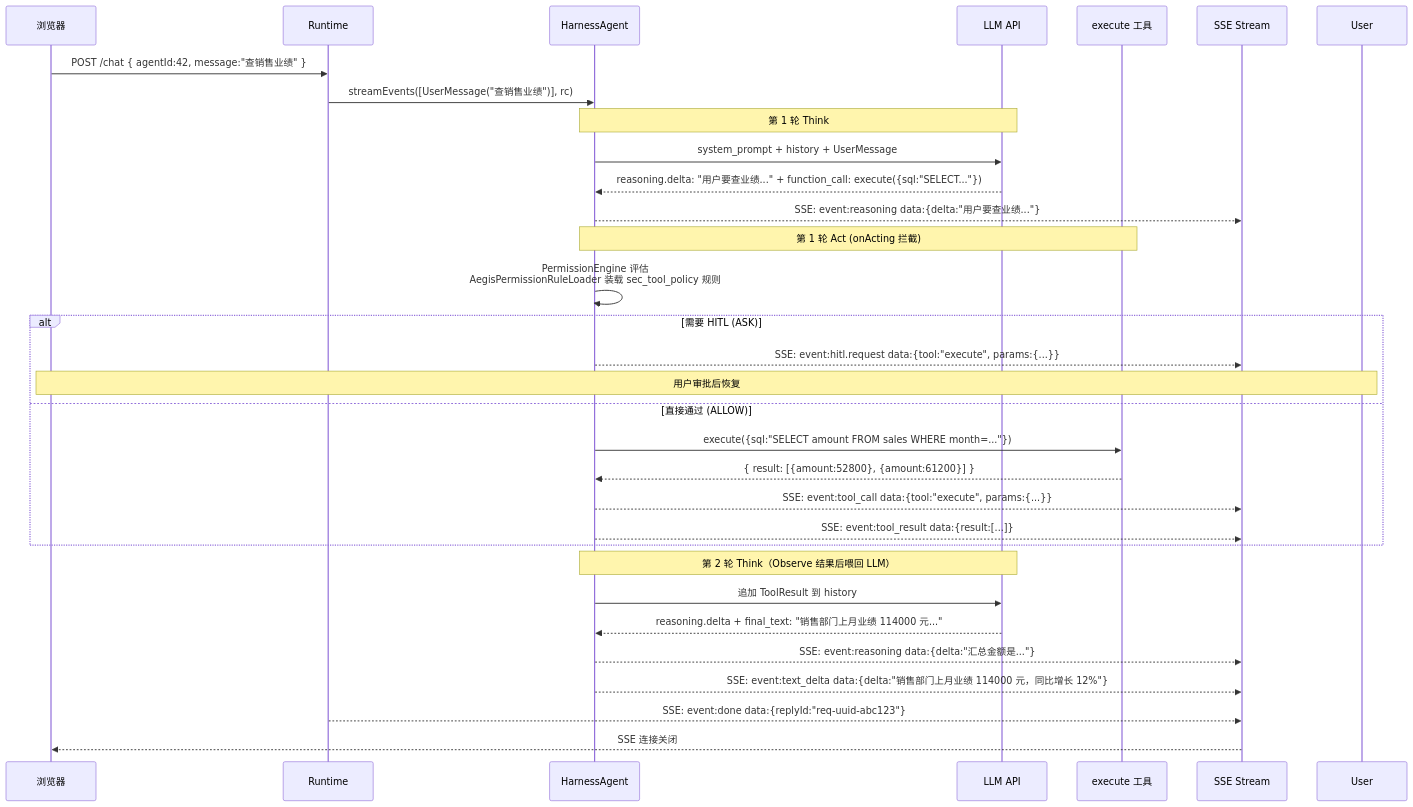
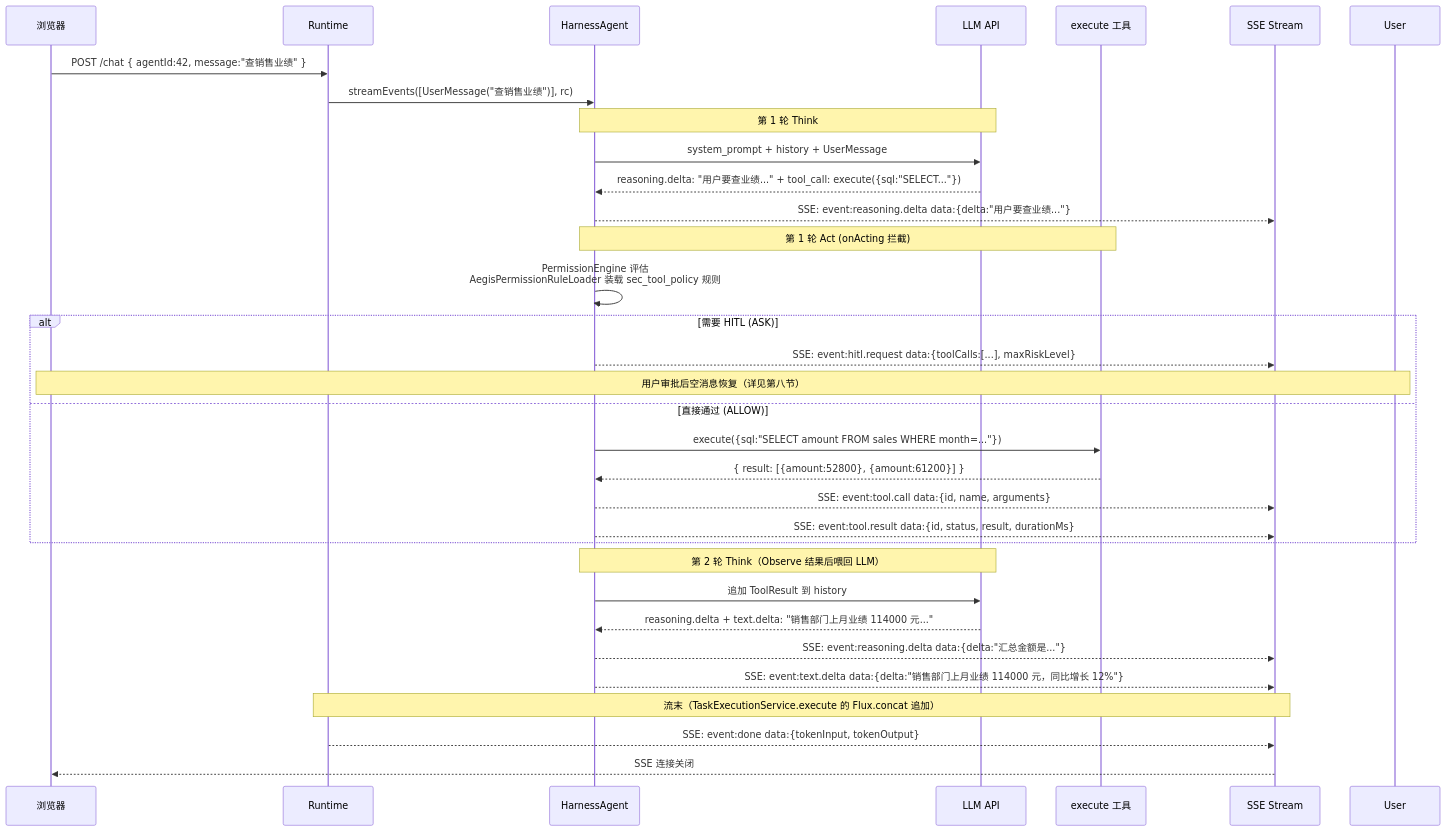
The eighth of 11 diagrams in docs/runtime-execution-flow.md (HarnessAgentStack/AegisAgent), drawn with Mermaid before and after one commit. The commit also changed other lines of this file and 1 other file, not shown here.

````diff
--- a/docs/runtime-execution-flow.md
+++ b/docs/runtime-execution-flow.md
@@ -307,38 +366,39 @@
 ```mermaid
 sequenceDiagram
     participant Client as 浏览器
     participant RT as Runtime
     participant AS as HarnessAgent
     participant LLM as LLM API
     participant Tool as execute 工具
     participant SSE as SSE Stream
 
     Client->>RT: POST /chat { agentId:42, message:"查销售业绩" }
     RT->>AS: streamEvents([UserMessage("查销售业绩")], rc)
 
     Note over AS,LLM: 第 1 轮 Think
     AS->>LLM: system_prompt + history + UserMessage
-    LLM-->>AS: reasoning.delta: "用户要查业绩..." + function_call: execute({sql:"SELECT..."})
-    AS-->>SSE: SSE: event:reasoning  data:{delta:"用户要查业绩..."}
+    LLM-->>AS: reasoning.delta: "用户要查业绩..." + tool_call: execute({sql:"SELECT..."})
+    AS-->>SSE: SSE: event:reasoning.delta data:{delta:"用户要查业绩..."}
 
     Note over AS,Tool: 第 1 轮 Act (onActing 拦截)
     AS->>AS: PermissionEngine 评估<br/>AegisPermissionRuleLoader 装载 sec_tool_policy 规则
     alt 需要 HITL (ASK)
-        AS-->>SSE: SSE: event:hitl.request data:{tool:"execute", params:{...}}
-        Note over Client,User: 用户审批后恢复
+        AS-->>SSE: SSE: event:hitl.request data:{toolCalls:[...], maxRiskLevel}
+        Note over Client,User: 用户审批后空消息恢复（详见第八节）
     else 直接通过 (ALLOW)
         AS->>Tool: execute({sql:"SELECT amount FROM sales WHERE month=..."})
         Tool-->>AS: { result: [{amount:52800}, {amount:61200}] }
-        AS-->>SSE: SSE: event:tool_call data:{tool:"execute", params:{...}}
-        AS-->>SSE: SSE: event:tool_result data:{result:[...]}
+        AS-->>SSE: SSE: event:tool.call data:{id, name, arguments}
+        AS-->>SSE: SSE: event:tool.result data:{id, status, result, durationMs}
     end
 
     Note over AS,LLM: 第 2 轮 Think（Observe 结果后喂回 LLM）
     AS->>LLM: 追加 ToolResult 到 history
-    LLM-->>AS: reasoning.delta + final_text: "销售部门上月业绩 114000 元..."
-    AS-->>SSE: SSE: event:reasoning  data:{delta:"汇总金额是..."}
-    AS-->>SSE: SSE: event:text_delta data:{delta:"销售部门上月业绩 114000 元，同比增长 12%"}
+    LLM-->>AS: reasoning.delta + text.delta: "销售部门上月业绩 114000 元..."
+    AS-->>SSE: SSE: event:reasoning.delta data:{delta:"汇总金额是..."}
+    AS-->>SSE: SSE: event:text.delta data:{delta:"销售部门上月业绩 114000 元，同比增长 12%"}
 
-    RT-->>SSE: SSE: event:done data:{replyId:"req-uuid-abc123"}
+    Note over RT,SSE: 流末（TaskExecutionService.execute 的 Flux.concat 追加）
+    RT-->>SSE: SSE: event:done data:{tokenInput, tokenOutput}
     SSE-->>Client: SSE 连接关闭
 ```
````
